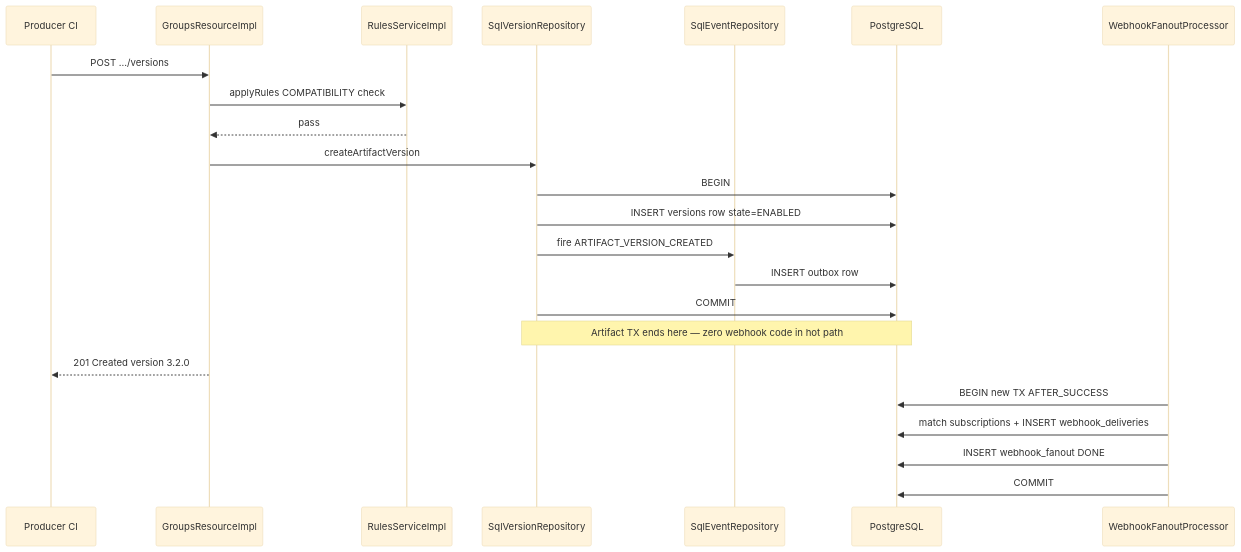
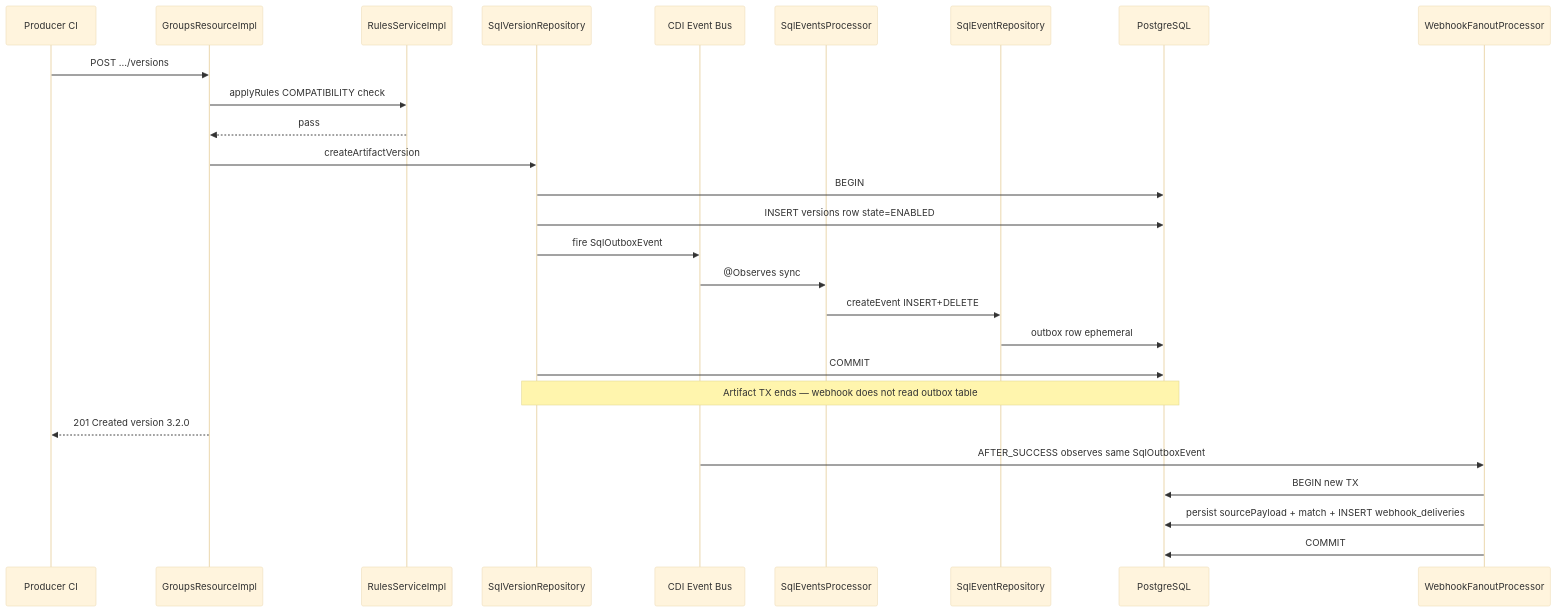
One commit to aaravmahajanofficial/apicurio-registry changed the third of 7 diagrams in .cursor/plans/cloudevents_webhook_notifications_a29b4a22.plan.md. Above: the diagram before and after it, drawn with Mermaid (base theme). The commit also changed other lines of this file and 1 other file, not shown here.

````diff
--- a/.cursor/plans/cloudevents_webhook_notifications_a29b4a22.plan.md
+++ b/.cursor/plans/cloudevents_webhook_notifications_a29b4a22.plan.md
@@ -357,26 +362,30 @@
 ```mermaid
 sequenceDiagram
     participant CI as Producer CI
     participant GroupsAPI as GroupsResourceImpl
     participant RulesSvc as RulesServiceImpl
     participant Storage as SqlVersionRepository
+    participant CDI as CDI Event Bus
+    participant SqlEventsProc as SqlEventsProcessor
     participant OutboxRepo as SqlEventRepository
     participant PG as PostgreSQL
     participant Fanout as WebhookFanoutProcessor
 
     CI->>GroupsAPI: POST .../versions
     GroupsAPI->>RulesSvc: applyRules COMPATIBILITY check
     RulesSvc-->>GroupsAPI: pass
     GroupsAPI->>Storage: createArtifactVersion
     Storage->>PG: BEGIN
     Storage->>PG: INSERT versions row state=ENABLED
-    Storage->>OutboxRepo: fire ARTIFACT_VERSION_CREATED
-    OutboxRepo->>PG: INSERT outbox row
+    Storage->>CDI: fire SqlOutboxEvent
+    CDI->>SqlEventsProc: @Observes sync
+    SqlEventsProc->>OutboxRepo: createEvent INSERT+DELETE
+    OutboxRepo->>PG: outbox row ephemeral
     Storage->>PG: COMMIT
-    Note over Storage,PG: Artifact TX ends here — zero webhook code in hot path
+    Note over Storage,PG: Artifact TX ends — webhook does not read outbox table
     GroupsAPI-->>CI: 201 Created version 3.2.0
-    Fanout->>PG: BEGIN new TX AFTER_SUCCESS
-    Fanout->>PG: match subscriptions + INSERT webhook_deliveries
-    Fanout->>PG: INSERT webhook_fanout DONE
+    CDI->>Fanout: AFTER_SUCCESS observes same SqlOutboxEvent
+    Fanout->>PG: BEGIN new TX
+    Fanout->>PG: persist sourcePayload + match + INSERT webhook_deliveries
     Fanout->>PG: COMMIT
 ```
````
